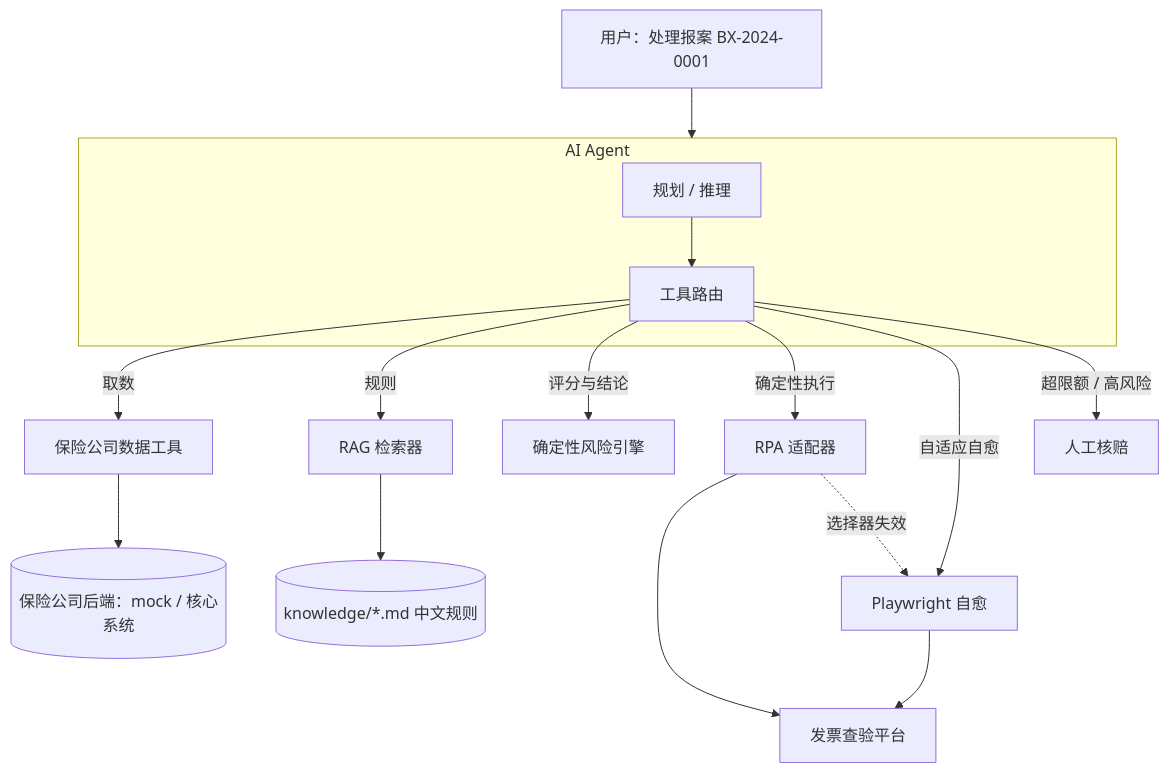
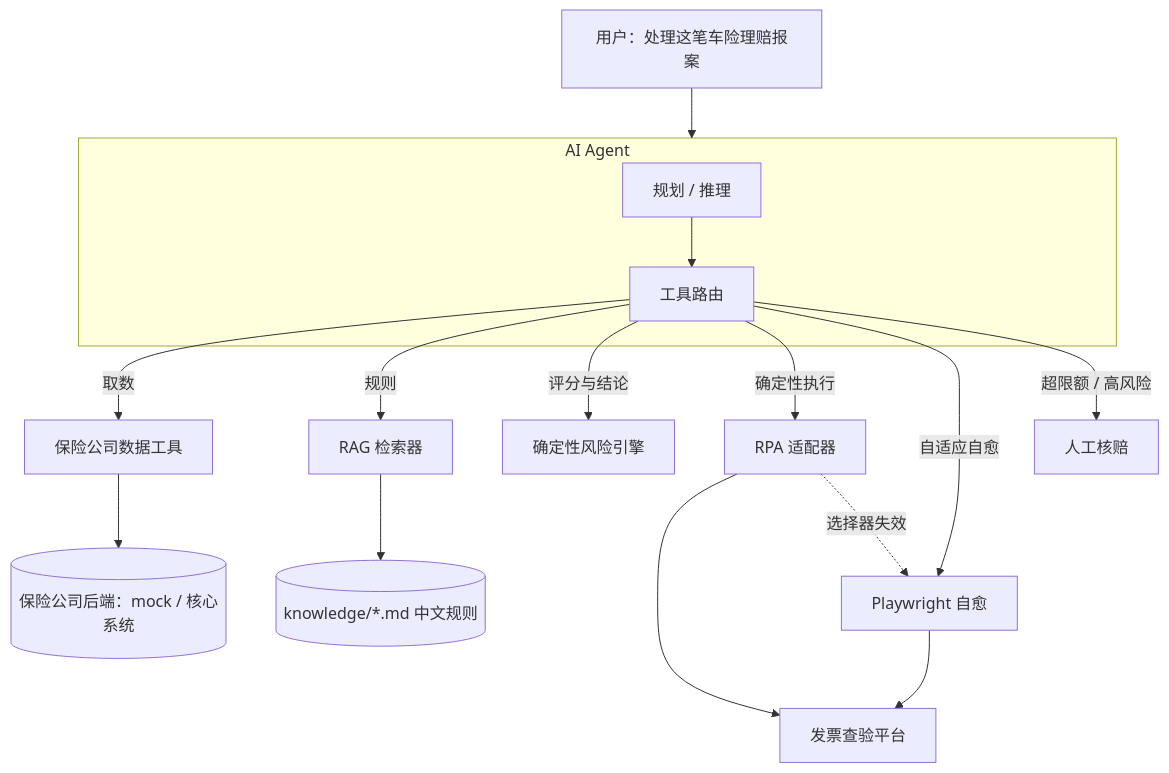
One commit to Jack-CuiXiaodong/agentic-insurance-automation changed the second of 2 diagrams in README.md. Above: the diagram before and after it, drawn with Mermaid. The commit also changed other lines of this file, not shown here.

````diff
--- a/README.md
+++ b/README.md
@@ -160,21 +160,21 @@
 ```mermaid
 flowchart TD
-    U[用户：处理报案 BX-2024-0001] --> AG
+    U[用户：处理这笔车险理赔报案] --> AG
 
     subgraph AG[AI Agent]
       P[规划 / 推理] --> TR[工具路由]
     end
 
     TR -->|取数| API[保险公司数据工具]
     TR -->|规则| RAG[RAG 检索器]
     TR -->|评分与结论| RISK[确定性风险引擎]
     TR -->|确定性执行| RPA[RPA 适配器]
     TR -->|自适应自愈| PW[Playwright 自愈]
     TR -->|超限额 / 高风险| HUM[人工核赔]
 
     API --> BE[(保险公司后端：mock / 核心系统)]
     RAG --> KB[(knowledge/*.md 中文规则)]
     RPA --> LEG[发票查验平台]
     PW --> LEG
     RPA -. 选择器失效 .-> PW
 ```
````
